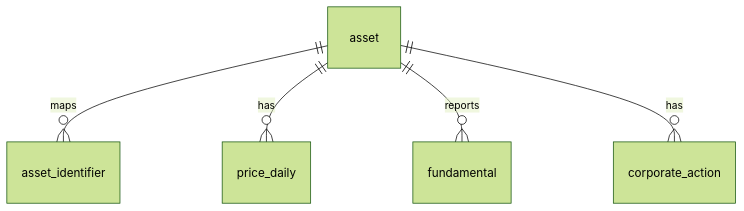
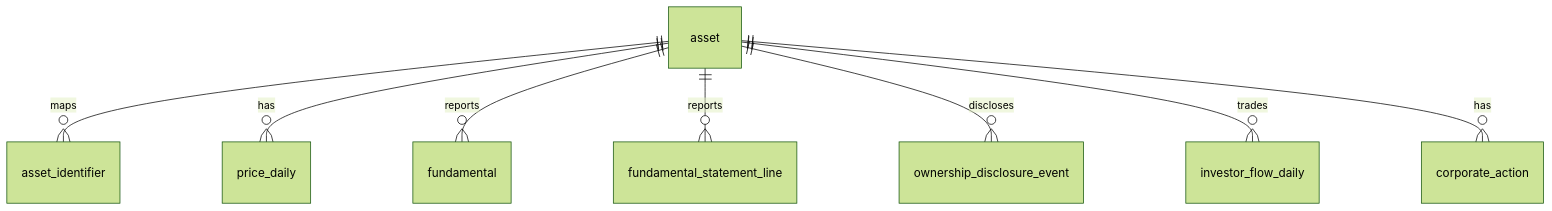
One commit to 2stshine/TeamAlpha-data changed the diagram in schema_tables.md. Above: the diagram before and after it, drawn with Mermaid (forest theme). The commit also changed other lines of this file and 16 other files, not shown here.

Commit message:
Add PIT financial ownership and investor-flow inputs

````diff
--- a/schema_tables.md
+++ b/schema_tables.md
@@ -7,7 +7,10 @@
 ```mermaid
 erDiagram
     asset ||--o{ asset_identifier : maps
     asset ||--o{ price_daily : has
     asset ||--o{ fundamental : reports
+    asset ||--o{ fundamental_statement_line : reports
+    asset ||--o{ ownership_disclosure_event : discloses
+    asset ||--o{ investor_flow_daily : trades
     asset ||--o{ corporate_action : has
 ```
````
